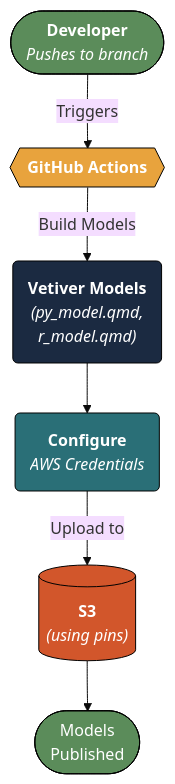
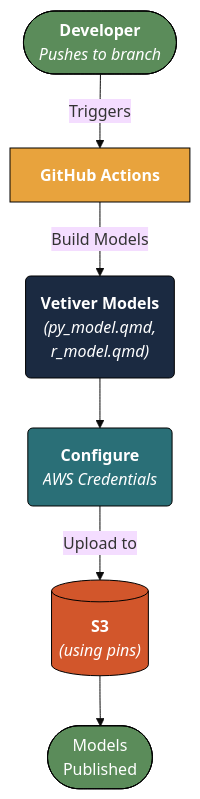
Before and after one commit to mjfrigaard/do4ds-labs: the first of 2 diagrams in gha-s3.qmd, drawn with Mermaid. The commit also changed other lines of this file and 69 other files, not shown here.

Commit message:
style review fixes; mermaid look; lab07 model scripts and workflow deps

````diff
--- a/gha-s3.qmd
+++ b/gha-s3.qmd
@@ -29,22 +29,22 @@
 ```{mermaid}
 %%| fig-cap: 'GitHub Actions Automated Deployment'
 %%| fig-width: 7.0
 %%| fig-align: 'center'
-%%{init: {'theme': 'base', 'themeVariables': {'fontFamily': 'monospace'}}}%%
+%%{init: {'theme': 'base', 'look': 'classic', 'themeVariables': {'fontFamily': 'monospace'}}}%%
 
 graph TD
     Push(["<strong>Developer</strong><br/><em>Pushes to branch</em>"]) 
-    GHA{{"<strong>GitHub Actions</strong>"}}
+    GHA["<strong>GitHub Actions</strong>"]
     Push --Triggers--> GHA
     GHA --"Build Models"--> Build("<strong>Vetiver Models</strong><br/><em>(py_model.qmd, <br>r_model.qmd)</em>")
     Build --> Auth("<strong>Configure</strong><br><em>AWS Credentials</em>")
     Auth --"Upload to"--> S3[("<strong>S3</strong><br/><em>(using pins)</em>")]
     S3 --> Success(["Models<br/>Published"])
 
     style Push fill:#5B8C5A,stroke:#000000,stroke-width:1px,color:#ffffff
     style GHA fill:#E8A33D,stroke:#000000,stroke-width:1px,color:#ffffff
     style Build fill:#1B2A41,stroke:#000000,stroke-width:1px,color:#ffffff
     style Auth fill:#2A6F77,stroke:#000000,stroke-width:1px,color:#ffffff
     style S3 fill:#D2562B,stroke:#000000,stroke-width:1px,color:#ffffff
     style Success fill:#5B8C5A,stroke:#000000,stroke-width:1px,color:#ffffff
 ```
````
